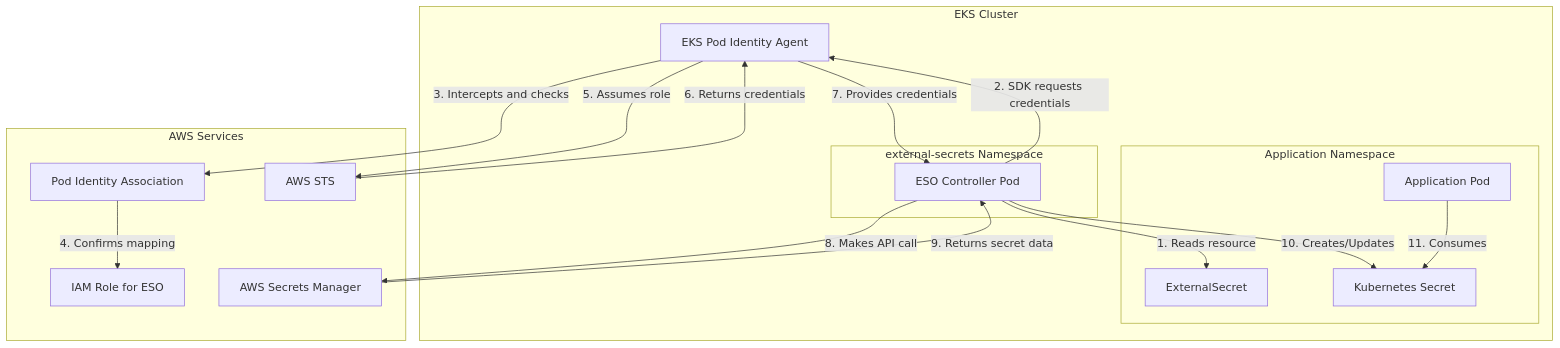
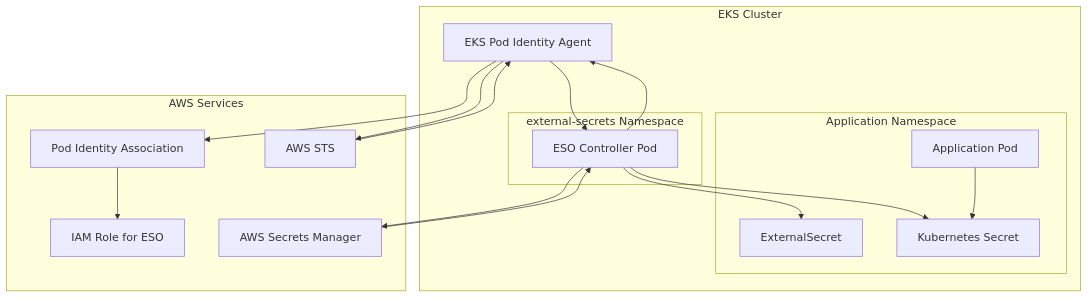
Before and after one commit to dharani-sowndharya/architecture-learnings: the diagram in eso_with_eks_pod_identity.md, drawn with Mermaid. The commit also changed other lines of this file, not shown here.

Commit message:
Edits mermaid

````diff
--- a/eso_with_eks_pod_identity.md
+++ b/eso_with_eks_pod_identity.md
@@ -19,33 +21,33 @@
 ```mermaid
 graph TD
     subgraph EKS["EKS Cluster"]
         PIA[EKS Pod Identity Agent]
         subgraph ESNs["external-secrets Namespace"]
             ESO[ESO Controller Pod]
         end
         subgraph AppNs["Application Namespace"]
             ES[ExternalSecret]
             K8sSecret[Kubernetes Secret]
             AppPod[Application Pod]
         end
     end
     
     subgraph AWS["AWS Services"]
         PIAS[Pod Identity Association]
         IAMRole[IAM Role for ESO]
         STS[AWS STS]
         SecretASM[AWS Secrets Manager]
     end
 
-    ESO -->|1. Reads resource| ES
-    ESO -->|2. SDK requests credentials| PIA
-    PIA -->|3. Intercepts and checks| PIAS
-    PIAS -->|4. Confirms mapping| IAMRole
-    PIA -->|5. Assumes role| STS
-    STS -->|6. Returns credentials| PIA
-    PIA -->|7. Provides credentials| ESO
-    ESO -->|8. Makes API call| SecretASM
-    SecretASM -->|9. Returns secret data| ESO
-    ESO -->|10. Creates/Updates| K8sSecret
-    AppPod -->|11. Consumes| K8sSecret
+    ESO --> ES
+    ESO --> PIA
+    PIA --> PIAS
+    PIAS --> IAMRole
+    PIA --> STS
+    STS --> PIA
+    PIA --> ESO
+    ESO --> SecretASM
+    SecretASM --> ESO
+    ESO --> K8sSecret
+    AppPod --> K8sSecret
 ```
````
